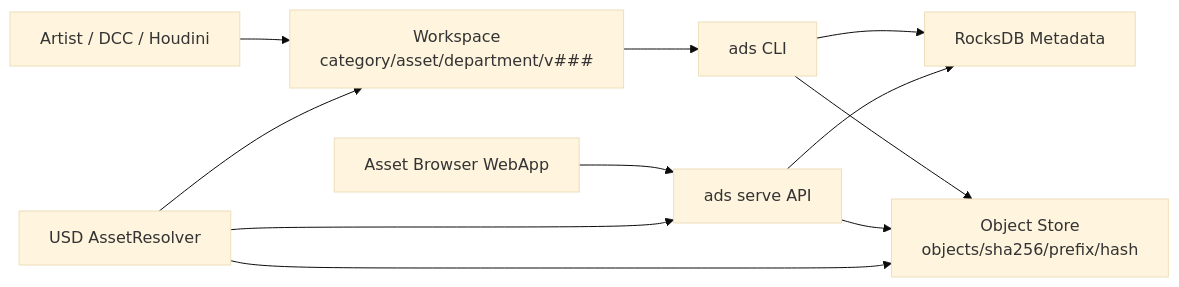
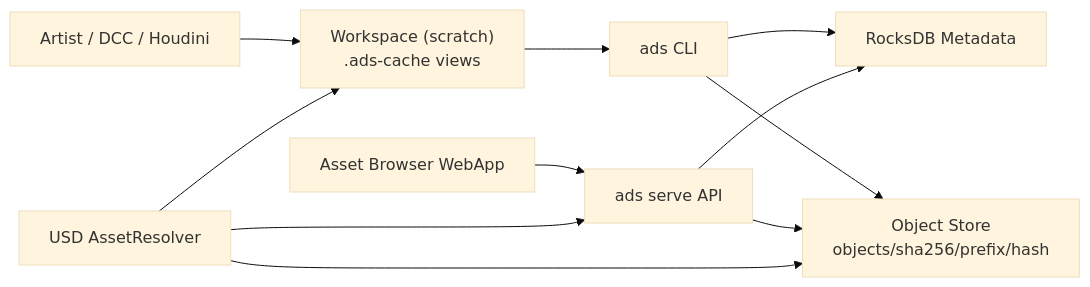
The first of 3 diagrams in docs/WHITEPAPER.ja.md (K240/ADS), drawn with Mermaid (base theme) before and after one commit. The commit also changed other lines of this file and 18 other files, not shown here.

````diff
--- a/docs/WHITEPAPER.ja.md
+++ b/docs/WHITEPAPER.ja.md
@@ -152,13 +145,13 @@
 ```mermaid
 flowchart LR
-    Artist["Artist / DCC / Houdini"] --> Workspace["Workspace\ncategory/asset/department/v###"]
+    Artist["Artist / DCC / Houdini"] --> Workspace["Workspace (scratch)\n.ads-cache views"]
     Workspace --> CLI["ads CLI"]
     CLI --> DB["RocksDB Metadata"]
     CLI --> Objects["Object Store\nobjects/sha256/prefix/hash"]
     Web["Asset Browser WebApp"] --> API["ads serve API"]
     API --> DB
     API --> Objects
     Resolver["USD AssetResolver"] --> API
     Resolver --> Workspace
     Resolver --> Objects
 ```
````
